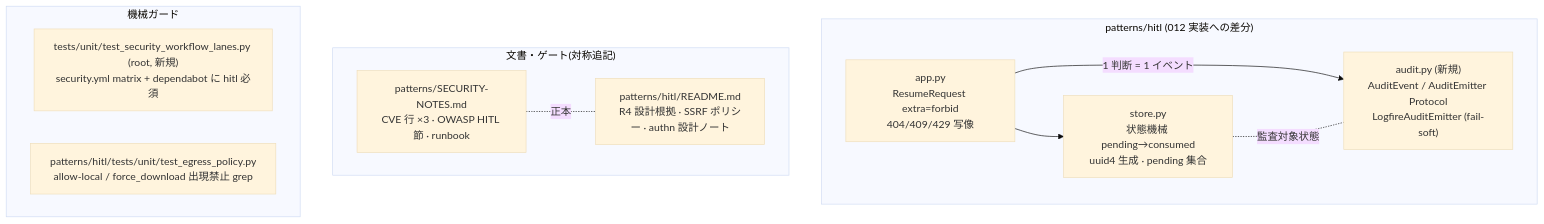
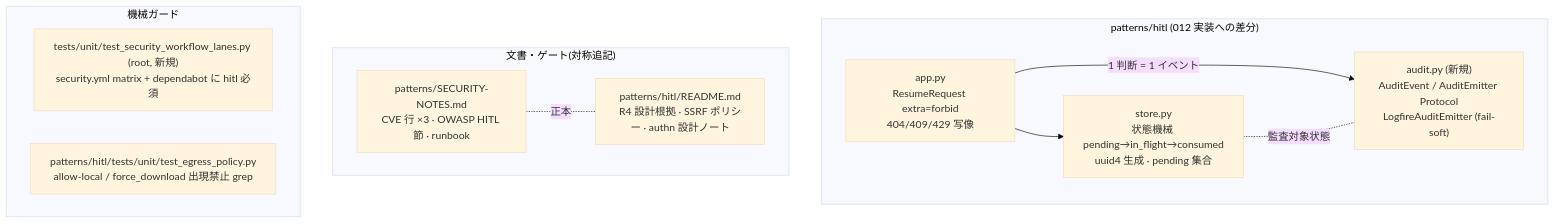
Before and after one commit to Fukuchan77/pydantic-ai-sandbox: the diagram in specs/013-agentic-ai-security/plan.md, drawn with Mermaid (base theme). The commit also changed other lines of this file and 3 other files, not shown here.

````diff
--- a/specs/013-agentic-ai-security/plan.md
+++ b/specs/013-agentic-ai-security/plan.md
@@ -22,20 +22,20 @@
 ```mermaid
 flowchart TD
   subgraph lane["patterns/hitl (012 実装への差分)"]
     APP["app.py<br/>ResumeRequest extra=forbid<br/>404/409/429 写像"]
-    ST["store.py<br/>状態機械 pending→consumed<br/>uuid4 生成 · pending 集合"]
+    ST["store.py<br/>状態機械 pending→in_flight→consumed<br/>uuid4 生成 · pending 集合"]
     AUD["audit.py (新規)<br/>AuditEvent / AuditEmitter Protocol<br/>LogfireAuditEmitter (fail-soft)"]
     APP --> ST
     APP -->|1 判断 = 1 イベント| AUD
   end
   subgraph docs["文書・ゲート(対称追記)"]
     SN["patterns/SECURITY-NOTES.md<br/>CVE 行 ×3 · OWASP HITL 節 · runbook"]
     RM["patterns/hitl/README.md<br/>R4 設計根拠 · SSRF ポリシー · authn 設計ノート"]
   end
   subgraph guards["機械ガード"]
     WF["tests/unit/test_security_workflow_lanes.py (root, 新規)<br/>security.yml matrix + dependabot に hitl 必須"]
     GR["patterns/hitl/tests/unit/test_egress_policy.py<br/>allow-local / force_download 出現禁止 grep"]
   end
   ST -.監査対象状態.- AUD
   SN -.正本.- RM
 ```
````
